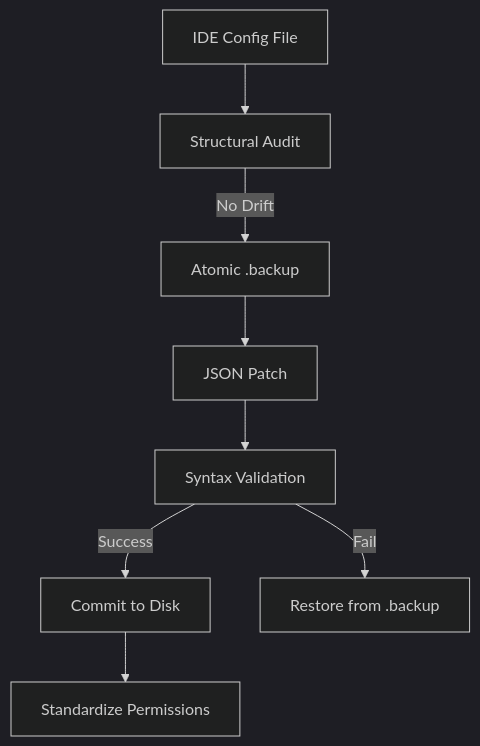
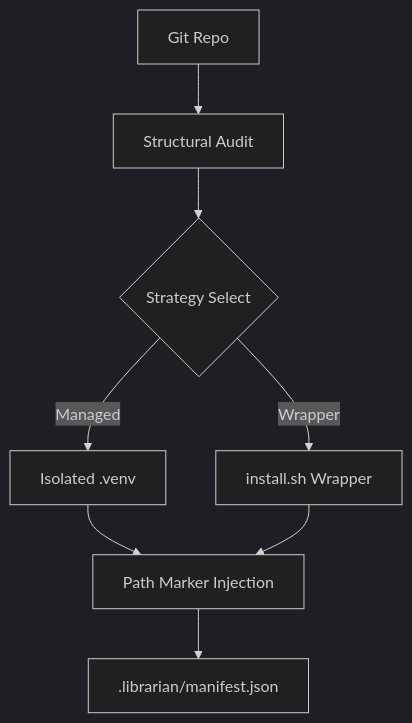
One commit to l00p3rl00p/mcp-injector changed the diagram in FEATURES.md. Above: the diagram before and after it, drawn with Mermaid (dark theme). The commit also changed other lines of this file and 8 other files, not shown here.

````diff
--- a/FEATURES.md
+++ b/FEATURES.md
@@ -33,10 +32,10 @@
 ```mermaid
-flowchart TD
-    Config[IDE Config File] --> Check[Structural Audit]
-    Check -- No Drift --> Backup[Atomic .backup]
-    Backup --> Inject[JSON Patch]
-    Inject --> Verify[Syntax Validation]
-    Verify -- Success --> Save[Commit to Disk]
-    Verify -- Fail --> Restore[Restore from .backup]
-    Save --> Chmod[Standardize Permissions]
+graph TD
+    Repo[Git Repo] --> Detect[Structural Audit]
+    Detect --> Choice{Strategy Select}
+    Choice -- Managed --> Venv[Isolated .venv]
+    Choice -- Wrapper --> Shim[install.sh Wrapper]
+    Venv --> Map[Path Marker Injection]
+    Shim --> Map
+    Map --> Manifest[.librarian/manifest.json]
 ```
````
